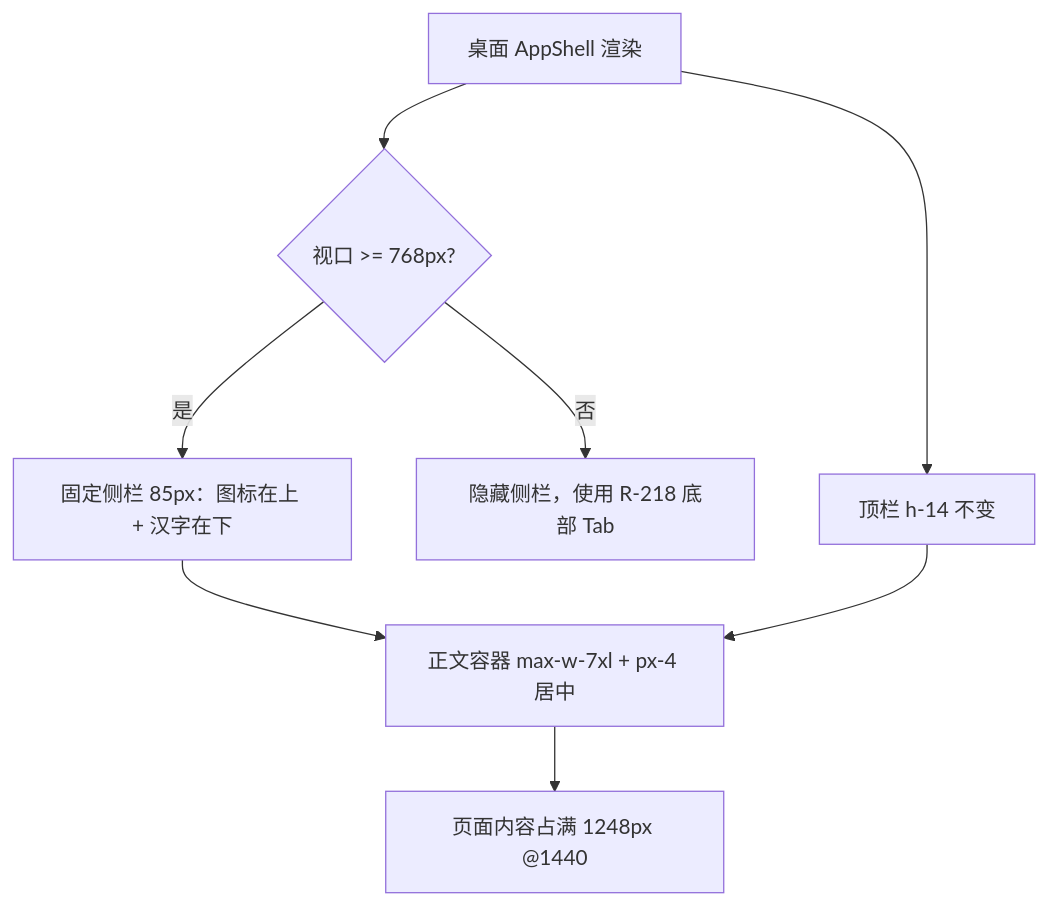
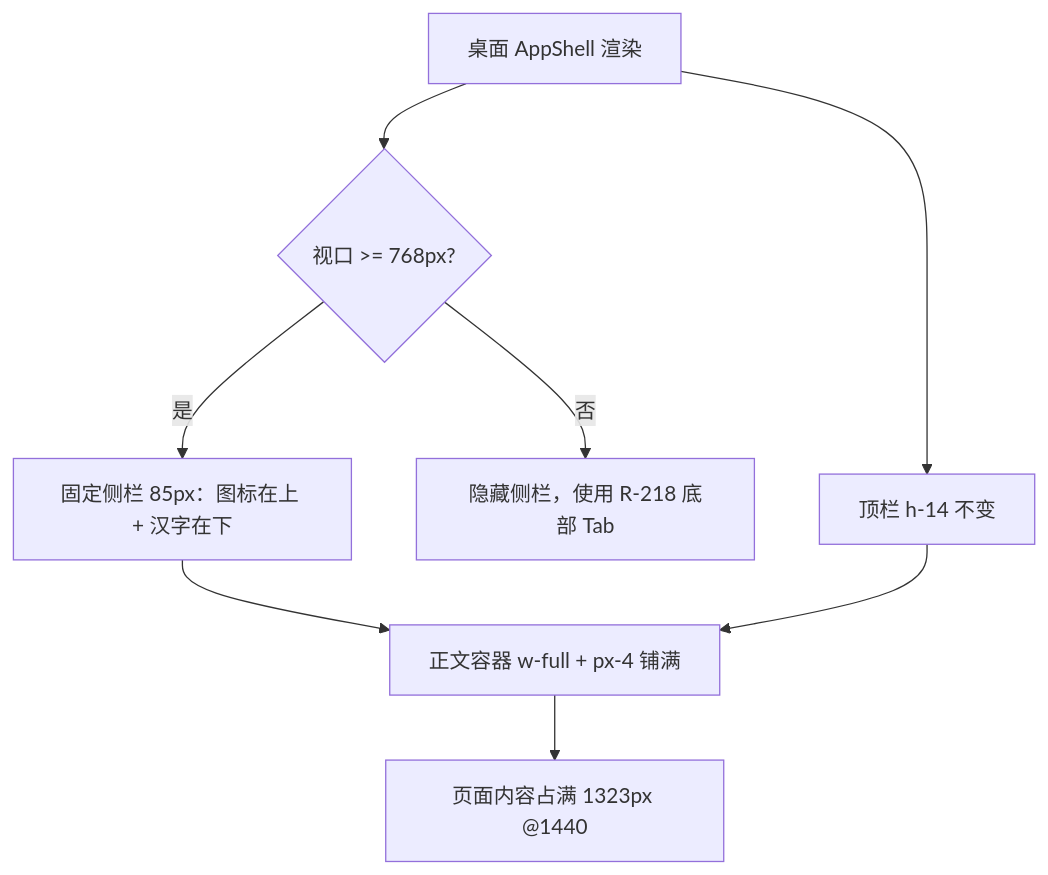
One commit to 981126/echo changed the first of 2 diagrams in development-design/R-256-sidebar-rail-and-content-width.md. Above: the diagram before and after it, drawn with Mermaid. The commit also changed other lines of this file and 5 other files, not shown here.

````diff
--- a/development-design/R-256-sidebar-rail-and-content-width.md
+++ b/development-design/R-256-sidebar-rail-and-content-width.md
@@ -43,10 +43,10 @@
 ```mermaid
 flowchart TD
     A[桌面 AppShell 渲染] --> B{视口 >= 768px?}
     B -->|是| C[固定侧栏 85px：图标在上 + 汉字在下]
     B -->|否| D[隐藏侧栏，使用 R-218 底部 Tab]
-    C --> E[正文容器 max-w-7xl + px-4 居中]
-    E --> F[页面内容占满 1248px @1440]
+    C --> E[正文容器 w-full + px-4 铺满]
+    E --> F[页面内容占满 1323px @1440]
     A --> G[顶栏 h-14 不变]
     G --> E
 ```
````
